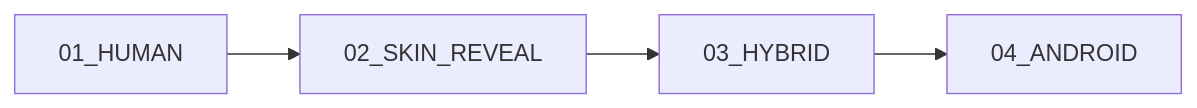
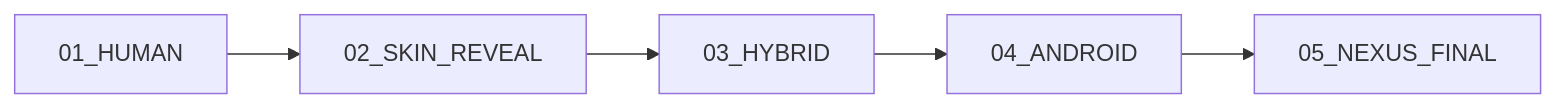
The diagram in docs/CHARACTER_BIBLE.md (lucassantana2301-bot/Desafiolink), drawn with Mermaid before and after one commit. The commit also changed other lines of this file and 16 other files, not shown here.

````diff
--- a/docs/CHARACTER_BIBLE.md
+++ b/docs/CHARACTER_BIBLE.md
@@ -48,6 +14,7 @@
 ```mermaid
 graph LR
     H[01_HUMAN] --> SR[02_SKIN_REVEAL]
     SR --> HY[03_HYBRID]
     HY --> A[04_ANDROID]
+    A --> NF[05_NEXUS_FINAL]
 ```
````
